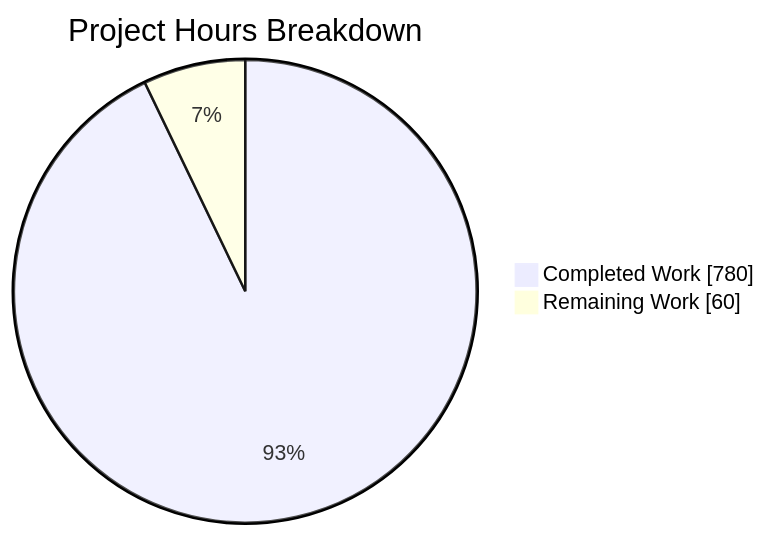
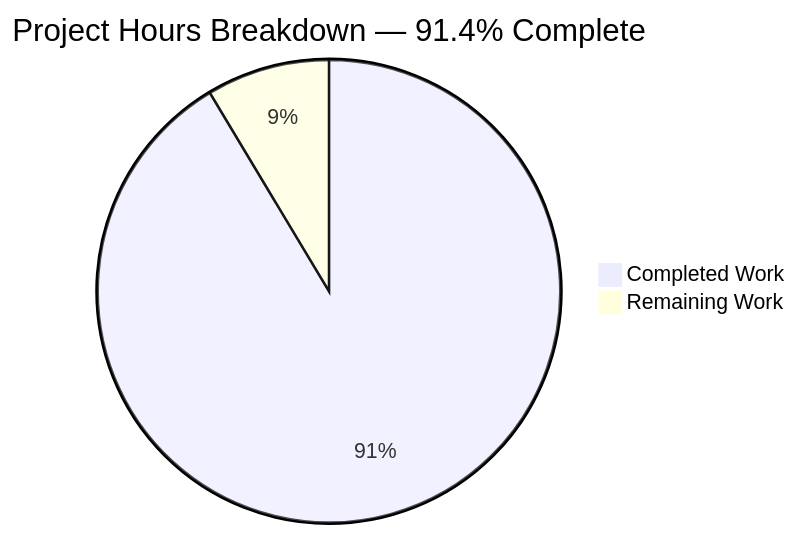
Before and after one commit to Blitzy-Sandbox/blitzy-WebVella-ERP: the second of 4 diagrams in blitzy/documentation/Project Guide.md, drawn with Mermaid. The commit also changed other lines of this file, not shown here.

Commit message:
Adding Blitzy Project Guide: Project Status and Human Tasks Remaining

````diff
--- a/blitzy/documentation/Project Guide.md
+++ b/blitzy/documentation/Project Guide.md
@@ -280,5 +263,5 @@
 ```mermaid
-pie showData title Project Hours Breakdown
-    "Completed Work" : 780
-    "Remaining Work" : 60
+pie title Project Hours Breakdown — 91.4% Complete
+    "Completed Work" : 1487
+    "Remaining Work" : 140
 ```
````
